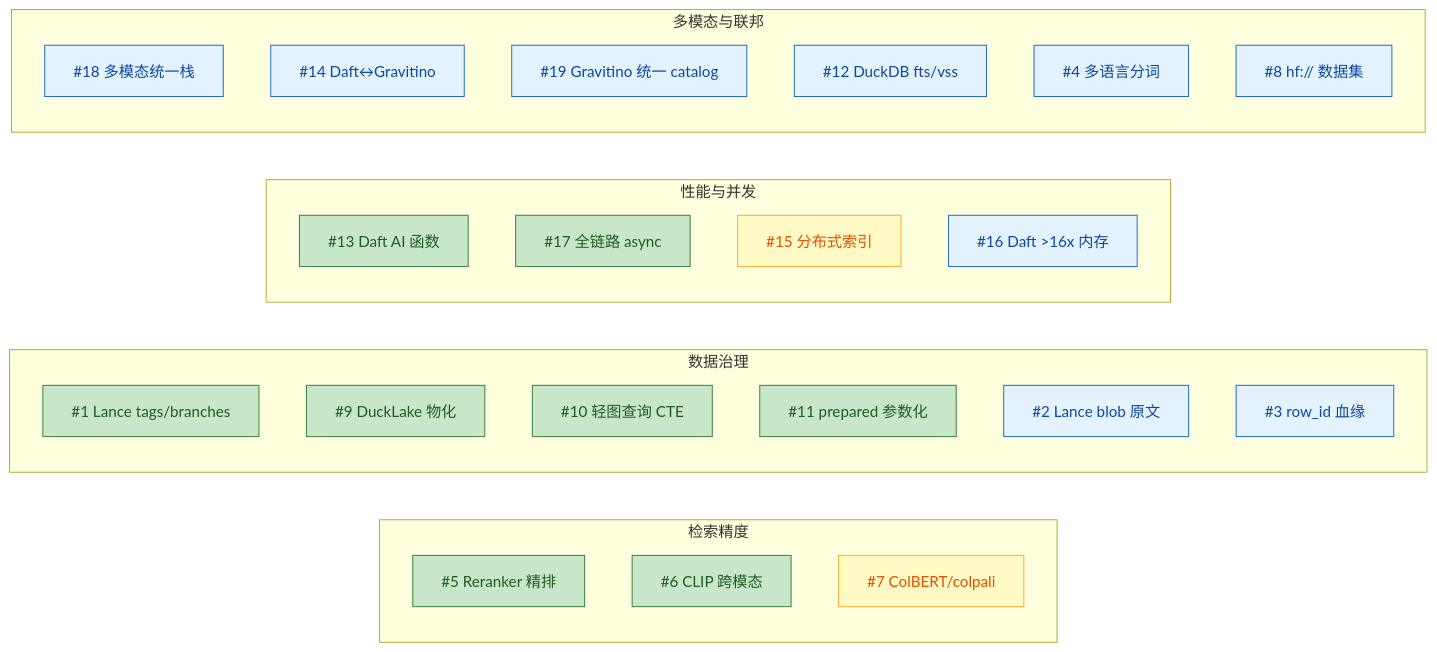
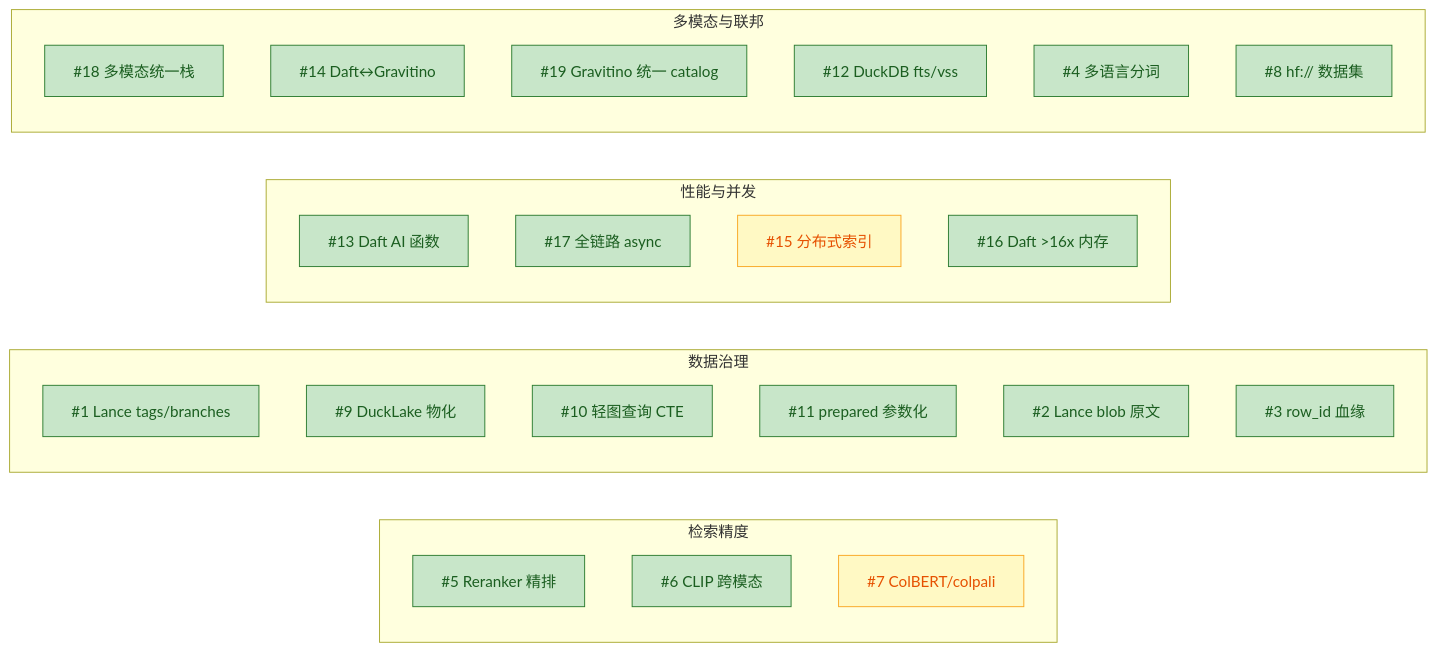
Before and after one commit to witsmaotech/arrow-lake: the diagram in docs/arrow-lake-v1.8.0-release-zh.md, drawn with Mermaid. The commit also changed other lines of this file and 1 other file, not shown here.

Commit message:
docs: 刷新 v1.8.0 文档至真实态（19 项全部落地）
据最新 CHANGELOG（roadmap 收尾 9 项 + 生产 Review 修复）更新：
- ARCHITECTURE.md §14/§16：状态表 9 项 🔜→✅，#15/#7 DEFER 复核，§16.2 下一步重写
- release-zh.md：开篇 + 特性表 + mermaid 全部改为 17✅+2⏸，修正 #7 召回说明

````diff
--- a/docs/arrow-lake-v1.8.0-release-zh.md
+++ b/docs/arrow-lake-v1.8.0-release-zh.md
@@ -64,34 +64,34 @@
 ```mermaid
 flowchart LR
     subgraph T1["检索精度"]
         R5["#5 Reranker 精排"]:::done
         R6["#6 CLIP 跨模态"]:::done
         R7["#7 ColBERT/colpali"]:::defer
     end
     subgraph T2["数据治理"]
         R1["#1 Lance tags/branches"]:::done
         R9["#9 DuckLake 物化"]:::done
         R10["#10 轻图查询 CTE"]:::done
         R11["#11 prepared 参数化"]:::done
-        R2["#2 Lance blob 原文"]:::next
-        R3["#3 row_id 血缘"]:::next
+        R2["#2 Lance blob 原文"]:::done
+        R3["#3 row_id 血缘"]:::done
     end
     subgraph T3["性能与并发"]
         R13["#13 Daft AI 函数"]:::done
         R17["#17 全链路 async"]:::done
         R15["#15 分布式索引"]:::defer
-        R16["#16 Daft >16x 内存"]:::next
+        R16["#16 Daft >16x 内存"]:::done
     end
     subgraph T4["多模态与联邦"]
-        R18["#18 多模态统一栈"]:::next
-        R14["#14 Daft↔Gravitino"]:::next
-        R19["#19 Gravitino 统一 catalog"]:::next
-        R12["#12 DuckDB fts/vss"]:::next
-        R4["#4 多语言分词"]:::next
-        R8["#8 hf:// 数据集"]:::next
+        R18["#18 多模态统一栈"]:::done
+        R14["#14 Daft↔Gravitino"]:::done
+        R19["#19 Gravitino 统一 catalog"]:::done
+        R12["#12 DuckDB fts/vss"]:::done
+        R4["#4 多语言分词"]:::done
+        R8["#8 hf:// 数据集"]:::done
     end
 
     classDef done fill:#c8e6c9,stroke:#2e7d32,color:#1b5e20
     classDef defer fill:#fff9c4,stroke:#f9a825,color:#e65100
     classDef next fill:#e3f2fd,stroke:#1565c0,color:#0d47a1
 ```
````
